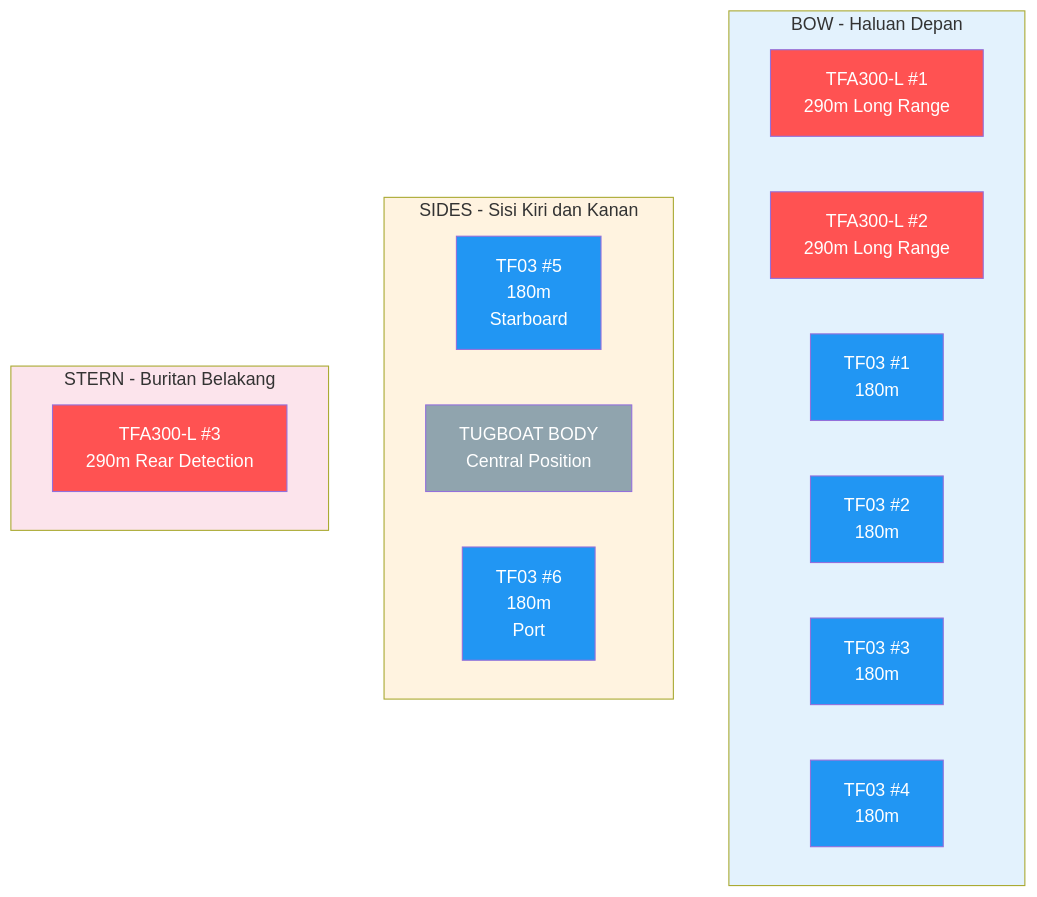
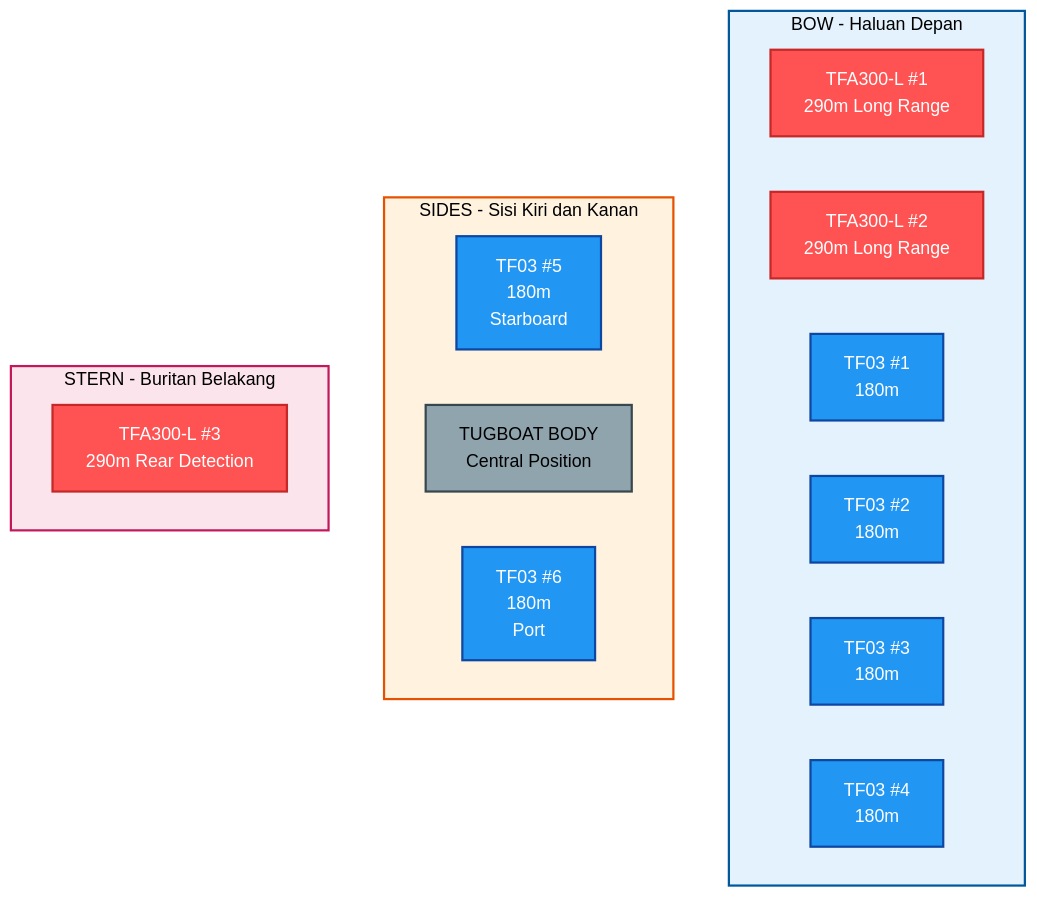
One commit to antonprafanto/buros2025 changed the second of 5 diagrams in 01_PROPOSAL_UTAMA_BESTARI_SAINTEK.md. Above: the diagram before and after it, drawn with Mermaid. The commit also changed other lines of this file, not shown here.

First line of the commit message:
Fix Mermaid diagram visibility for dark mode

````diff
--- a/01_PROPOSAL_UTAMA_BESTARI_SAINTEK.md
+++ b/01_PROPOSAL_UTAMA_BESTARI_SAINTEK.md
@@ -227,47 +228,48 @@
 ```mermaid
+%%{init: {'theme':'base', 'themeVariables': { 'primaryColor':'#ffffff','primaryTextColor':'#000','primaryBorderColor':'#000','lineColor':'#000','secondaryColor':'#f5f5f5','background':'#ffffff','mainBkg':'#ffffff','clusterBkg':'#e3f2fd','clusterBorder':'#01579b'}}}%%
 graph TB
     subgraph BOW["BOW - Haluan Depan"]
         TFA1["TFA300-L #1
         290m Long Range"]
         TFA2["TFA300-L #2
         290m Long Range"]
         TF03_F1["TF03 #1
         180m"]
         TF03_F2["TF03 #2
         180m"]
         TF03_F3["TF03 #3
         180m"]
         TF03_F4["TF03 #4
         180m"]
     end
 
     subgraph SIDES["SIDES - Sisi Kiri dan Kanan"]
         TF03_L["TF03 #5
         180m
         Starboard"]
         BODY["TUGBOAT BODY
         Central Position"]
         TF03_R["TF03 #6
         180m
         Port"]
     end
 
     subgraph STERN["STERN - Buritan Belakang"]
         TFA3["TFA300-L #3
         290m Rear Detection"]
     end
 
-    style BOW fill:#e3f2fd
-    style SIDES fill:#fff3e0
-    style STERN fill:#fce4ec
-    style TFA1 fill:#ff5252,color:#fff
-    style TFA2 fill:#ff5252,color:#fff
-    style TFA3 fill:#ff5252,color:#fff
-    style TF03_F1 fill:#2196f3,color:#fff
-    style TF03_F2 fill:#2196f3,color:#fff
-    style TF03_F3 fill:#2196f3,color:#fff
-    style TF03_F4 fill:#2196f3,color:#fff
-    style TF03_L fill:#2196f3,color:#fff
-    style TF03_R fill:#2196f3,color:#fff
-    style BODY fill:#90a4ae,color:#fff
+    style BOW fill:#e3f2fd,stroke:#01579b,stroke-width:2px,color:#000
+    style SIDES fill:#fff3e0,stroke:#e65100,stroke-width:2px,color:#000
+    style STERN fill:#fce4ec,stroke:#c2185b,stroke-width:2px,color:#000
+    style TFA1 fill:#ff5252,color:#fff,stroke:#c62828,stroke-width:2px
+    style TFA2 fill:#ff5252,color:#fff,stroke:#c62828,stroke-width:2px
+    style TFA3 fill:#ff5252,color:#fff,stroke:#c62828,stroke-width:2px
+    style TF03_F1 fill:#2196f3,color:#fff,stroke:#0d47a1,stroke-width:2px
+    style TF03_F2 fill:#2196f3,color:#fff,stroke:#0d47a1,stroke-width:2px
+    style TF03_F3 fill:#2196f3,color:#fff,stroke:#0d47a1,stroke-width:2px
+    style TF03_F4 fill:#2196f3,color:#fff,stroke:#0d47a1,stroke-width:2px
+    style TF03_L fill:#2196f3,color:#fff,stroke:#0d47a1,stroke-width:2px
+    style TF03_R fill:#2196f3,color:#fff,stroke:#0d47a1,stroke-width:2px
+    style BODY fill:#90a4ae,color:#000,stroke:#37474f,stroke-width:2px
 ```
````
